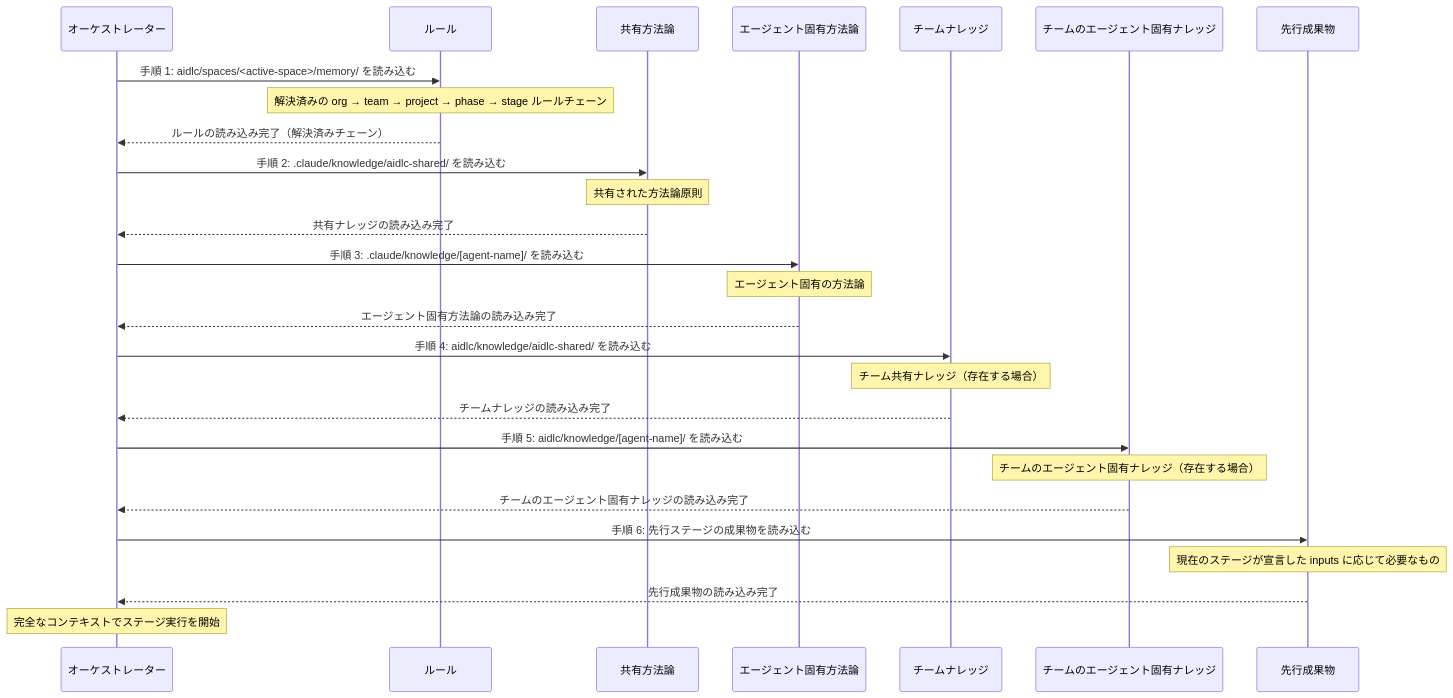
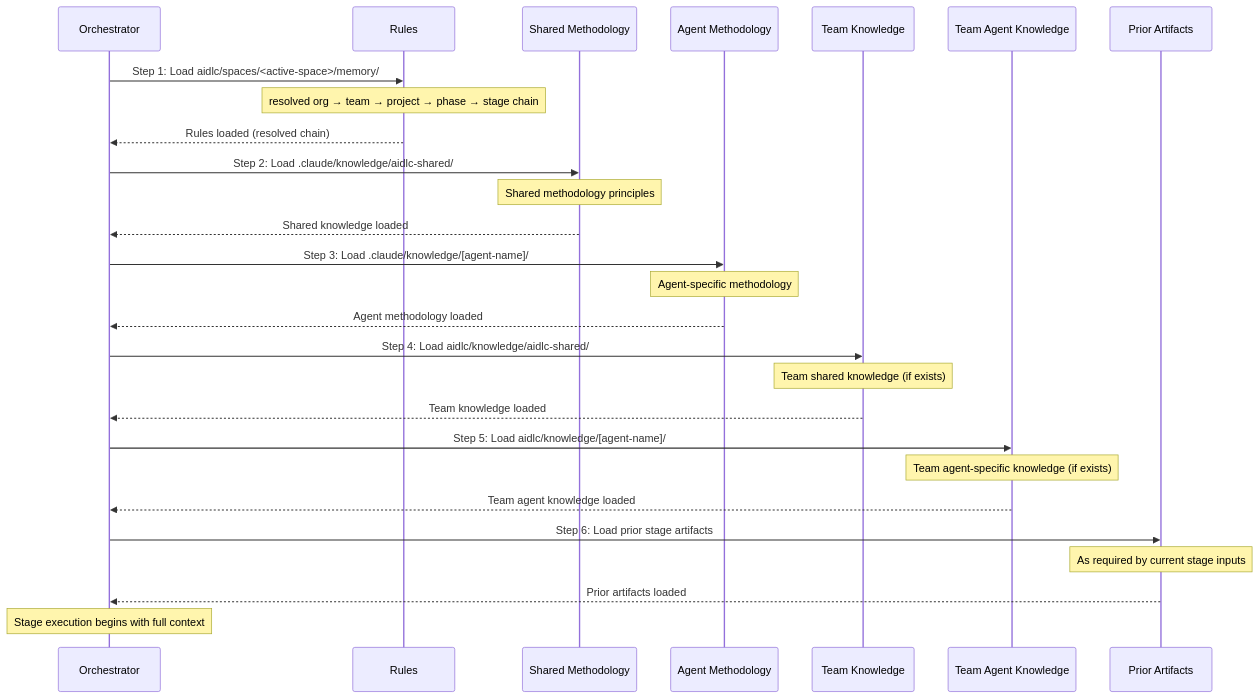
Before and after one commit to otomatty/aidlc-guide: the second of 2 diagrams in docs/guide/ja/08-knowledge.md, drawn with Mermaid. The commit also changed other lines of this file and 281 other files, not shown here.

````diff
--- a/docs/guide/ja/08-knowledge.md
+++ b/docs/guide/ja/08-knowledge.md
@@ -299,36 +299,36 @@
 ```mermaid
 sequenceDiagram
-    participant O as オーケストレーター
-    participant G as ルール
-    participant SM as 共有方法論
-    participant AM as エージェント固有方法論
-    participant TK as チームナレッジ
-    participant TAK as チームのエージェント固有ナレッジ
-    participant PA as 先行成果物
+    participant O as Orchestrator
+    participant G as Rules
+    participant SM as Shared Methodology
+    participant AM as Agent Methodology
+    participant TK as Team Knowledge
+    participant TAK as Team Agent Knowledge
+    participant PA as Prior Artifacts
 
-    O->>G: 手順 1: aidlc/spaces/<active-space>/memory/ を読み込む
-    Note over G: 解決済みの org → team → project → phase → stage ルールチェーン
-    G-->>O: ルールの読み込み完了（解決済みチェーン）
+    O->>G: Step 1: Load aidlc/spaces/<active-space>/memory/
+    Note over G: resolved org → team → project → phase → stage chain
+    G-->>O: Rules loaded (resolved chain)
 
-    O->>SM: 手順 2: .claude/knowledge/aidlc-shared/ を読み込む
-    Note over SM: 共有された方法論原則
-    SM-->>O: 共有ナレッジの読み込み完了
+    O->>SM: Step 2: Load .claude/knowledge/aidlc-shared/
+    Note over SM: Shared methodology principles
+    SM-->>O: Shared knowledge loaded
 
-    O->>AM: 手順 3: .claude/knowledge/[agent-name]/ を読み込む
-    Note over AM: エージェント固有の方法論
-    AM-->>O: エージェント固有方法論の読み込み完了
+    O->>AM: Step 3: Load .claude/knowledge/[agent-name]/
+    Note over AM: Agent-specific methodology
+    AM-->>O: Agent methodology loaded
 
-    O->>TK: 手順 4: aidlc/knowledge/aidlc-shared/ を読み込む
-    Note over TK: チーム共有ナレッジ（存在する場合）
-    TK-->>O: チームナレッジの読み込み完了
+    O->>TK: Step 4: Load aidlc/knowledge/aidlc-shared/
+    Note over TK: Team shared knowledge (if exists)
+    TK-->>O: Team knowledge loaded
 
-    O->>TAK: 手順 5: aidlc/knowledge/[agent-name]/ を読み込む
-    Note over TAK: チームのエージェント固有ナレッジ（存在する場合）
-    TAK-->>O: チームのエージェント固有ナレッジの読み込み完了
+    O->>TAK: Step 5: Load aidlc/knowledge/[agent-name]/
+    Note over TAK: Team agent-specific knowledge (if exists)
+    TAK-->>O: Team agent knowledge loaded
 
-    O->>PA: 手順 6: 先行ステージの成果物を読み込む
-    Note over PA: 現在のステージが宣言した inputs に応じて必要なもの
-    PA-->>O: 先行成果物の読み込み完了
+    O->>PA: Step 6: Load prior stage artifacts
+    Note over PA: As required by current stage inputs
+    PA-->>O: Prior artifacts loaded
 
-    Note over O: 完全なコンテキストでステージ実行を開始
+    Note over O: Stage execution begins with full context
 ```
````
